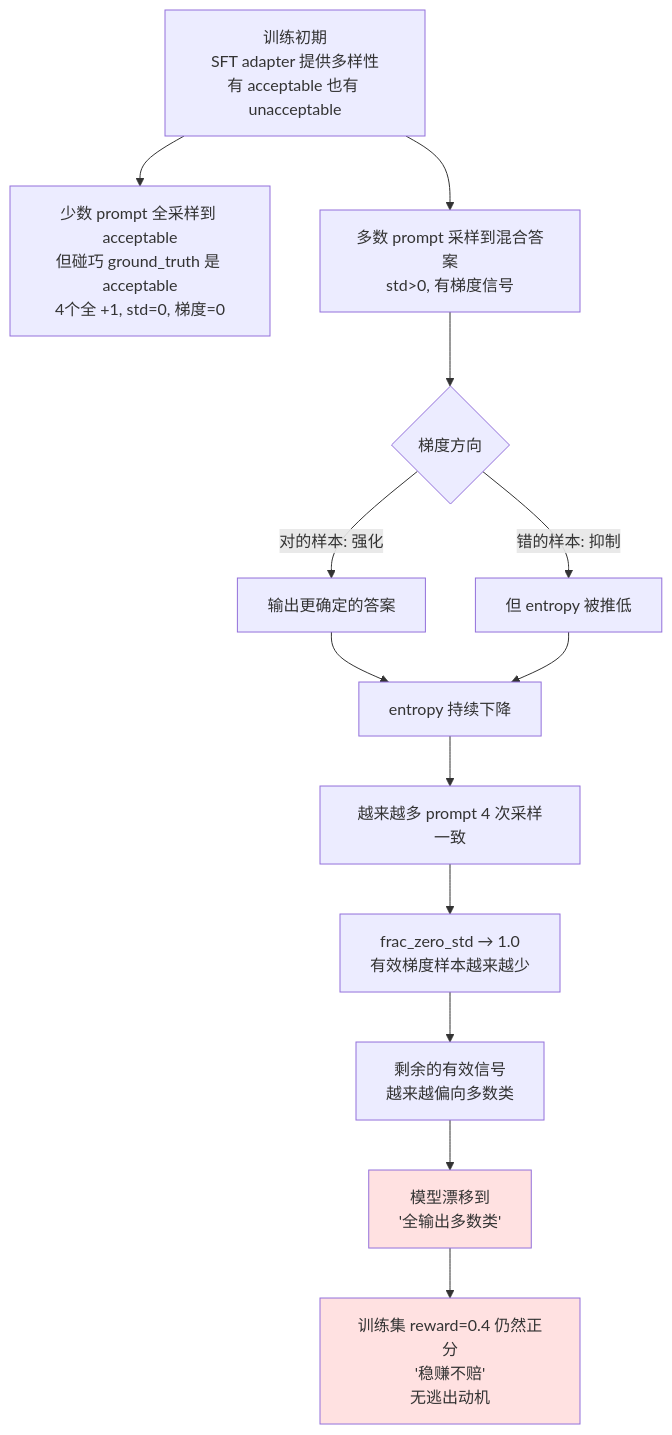
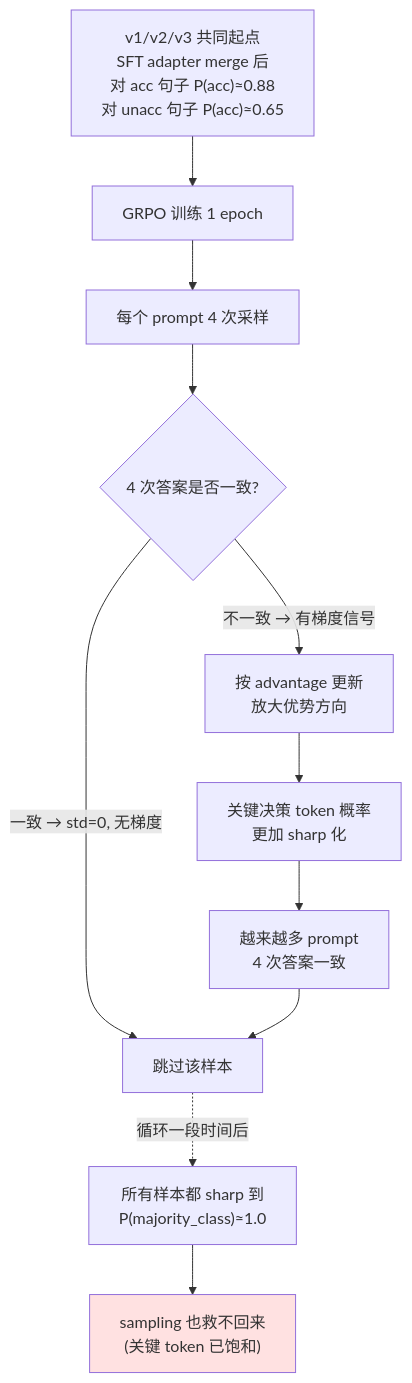
The second of 3 diagrams in my_try/docs/step6_summary.md (zzbased2/CoLA-RL), drawn with Mermaid before and after one commit. The commit also changed other lines of this file and 40 other files, not shown here.

````diff
--- a/my_try/docs/step6_summary.md
+++ b/my_try/docs/step6_summary.md
@@ -224,23 +336,21 @@
 ```mermaid
 graph TD
-    A["训练初期<br/>SFT adapter 提供多样性<br/>有 acceptable 也有 unacceptable"] --> B["少数 prompt 全采样到 acceptable<br/>但碰巧 ground_truth 是 acceptable<br/>4个全 +1, std=0, 梯度=0"]
-    A --> C["多数 prompt 采样到混合答案<br/>std>0, 有梯度信号"]
+    A["v1/v2/v3 共同起点<br/>SFT adapter merge 后<br/>对 acc 句子 P(acc)≈0.88<br/>对 unacc 句子 P(acc)≈0.65"] --> B["GRPO 训练 1 epoch"]
 
-    C --> D{"梯度方向"}
-    D -->|"对的样本: 强化"| E["输出更确定的答案"]
-    D -->|"错的样本: 抑制"| F["但 entropy 被推低"]
+    B --> C["每个 prompt 4 次采样"]
+    C --> D{"4 次答案是否一致?"}
 
-    E --> G["entropy 持续下降"]
-    F --> G
+    D -->|"不一致 → 有梯度信号"| E["按 advantage 更新<br/>放大优势方向"]
+    D -->|"一致 → std=0, 无梯度"| F["跳过该样本"]
 
-    G --> H["越来越多 prompt 4 次采样一致"]
-    H --> I["frac_zero_std → 1.0<br/>有效梯度样本越来越少"]
+    E --> G["关键决策 token 概率<br/>更加 sharp 化"]
 
-    I --> J["剩余的有效信号<br/>越来越偏向多数类"]
-    J --> K["模型漂移到<br/>'全输出多数类'"]
+    G --> H["越来越多 prompt<br/>4 次答案一致"]
+    H --> F
 
-    K --> L["训练集 reward=0.4 仍然正分<br/>'稳赚不赔'<br/>无逃出动机"]
+    F -.->|"循环一段时间后"| I["所有样本都 sharp 到<br/>P(majority_class)≈1.0"]
 
-    style K fill:#ffe1e1
-    style L fill:#ffe1e1
+    I --> J["sampling 也救不回来<br/>(关键 token 已饱和)"]
+
+    style J fill:#ffe1e1
 ```
````
